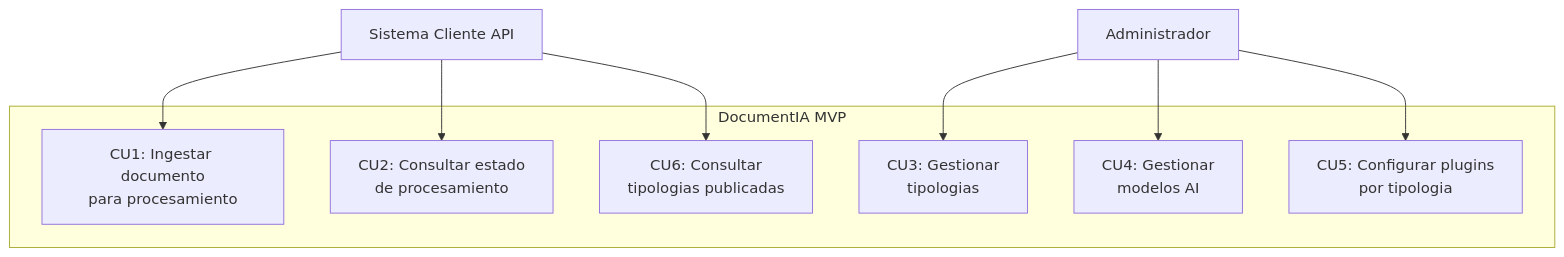
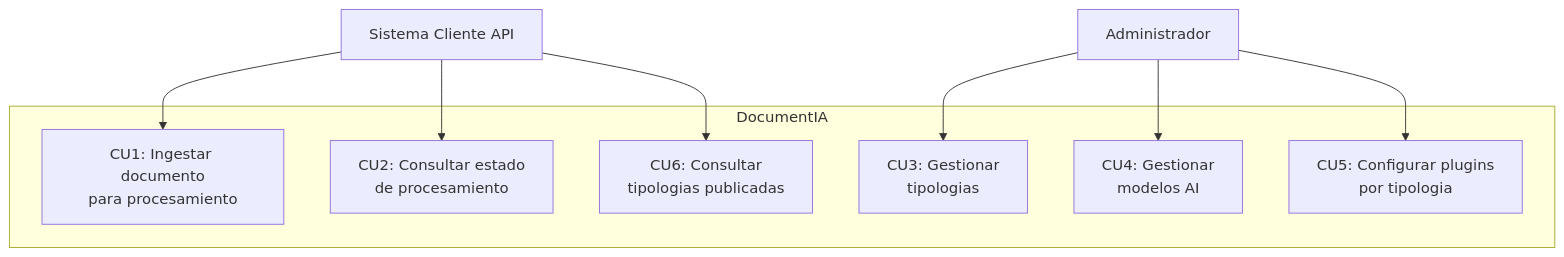
The second of 3 diagrams in docs/02_ANALISIS_FUNCIONAL.md (nvcrisologo02/AI-DocClassExt), drawn with Mermaid before and after one commit. The commit also changed other lines of this file and 19 other files, not shown here.

````diff
--- a/docs/02_ANALISIS_FUNCIONAL.md
+++ b/docs/02_ANALISIS_FUNCIONAL.md
@@ -62,21 +62,21 @@
 ```mermaid
 flowchart TB
     SCA["Sistema Cliente API"]
     ADM["Administrador"]
 
-    subgraph DocumentIA["DocumentIA MVP"]
+    subgraph DocumentIA["DocumentIA"]
         CU1["CU1: Ingestar documento<br/>para procesamiento"]
         CU2["CU2: Consultar estado<br/>de procesamiento"]
         CU3["CU3: Gestionar<br/>tipologias"]
         CU4["CU4: Gestionar<br/>modelos AI"]
         CU5["CU5: Configurar plugins<br/>por tipologia"]
         CU6["CU6: Consultar<br/>tipologias publicadas"]
     end
 
     SCA --> CU1
     SCA --> CU2
     SCA --> CU6
     ADM --> CU3
     ADM --> CU4
     ADM --> CU5
 ```
````
